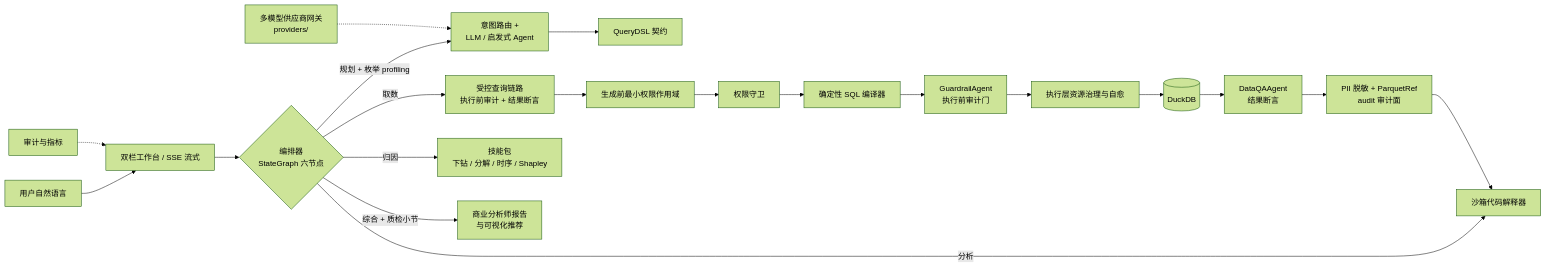
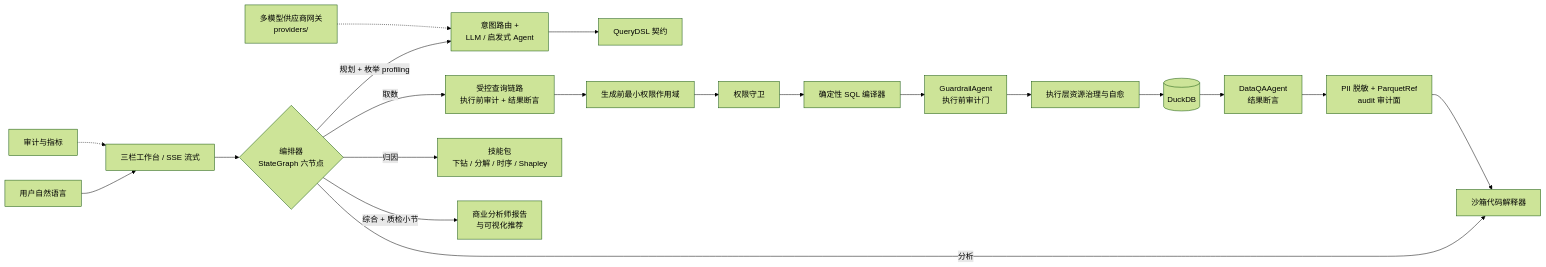
One commit to Cwentor/DataAgent changed the first of 4 diagrams in docs/architecture.md. Above: the diagram before and after it, drawn with Mermaid (forest theme). The commit also changed other lines of this file and 2 other files, not shown here.

Commit message:
docs(web): 同步三栏工作台布局描述——README/api/architecture

````diff
--- a/docs/architecture.md
+++ b/docs/architecture.md
@@ -7,22 +7,22 @@
 ```mermaid
 flowchart LR
-    U[用户自然语言] --> WEB[双栏工作台 / SSE 流式]
+    U[用户自然语言] --> WEB[三栏工作台 / SSE 流式]
     WEB --> ORCH{编排器<br>StateGraph 六节点}
     ORCH -->|规划 + 枚举 profiling| AG[意图路由 +<br>LLM / 启发式 Agent]
     ORCH -->|取数| QRY[受控查询链路<br>执行前审计 + 结果断言]
     ORCH -->|分析| SBX[沙箱代码解释器]
     ORCH -->|归因| SKL[技能包<br>下钻 / 分解 / 时序 / Shapley]
     ORCH -->|综合 + 质检小节| PRES[商业分析师报告<br>与可视化推荐]
     AG --> DSL[QueryDSL 契约]
     QRY --> SCOPE[生成前最小权限作用域]
     SCOPE --> GUARD[权限守卫]
     GUARD --> CMP[确定性 SQL 编译器]
     CMP --> GA[GuardrailAgent<br>执行前审计门]
     GA --> EXEC[执行层资源治理与自愈]
     EXEC --> DB[(DuckDB)]
     DB --> QA[DataQAAgent<br>结果断言]
     QA --> RET[PII 脱敏 + ParquetRef<br>audit 审计面]
     RET --> SBX
     LLMGW[多模型供应商网关<br>providers/] -.-> AG
     AUD[审计与指标] -.-> WEB
 ```
````
